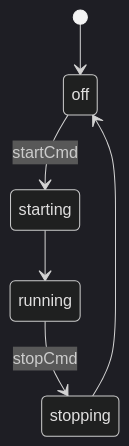
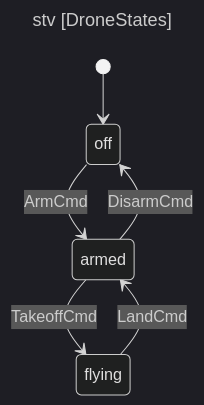
One commit to jackhale98/sysml-cli changed the third of 3 diagrams in README.md. Above: the diagram before and after it, drawn with Mermaid (dark theme). The commit also changed other lines of this file and 2 other files, not shown here.

First line of the commit message:
Diagram fixes surfaced by generating real README examples

````diff
--- a/README.md
+++ b/README.md
@@ -233,12 +333,14 @@
 ```mermaid
+---
+title: stv [DroneStates]
+---
 stateDiagram-v2
     off : off
-    starting : starting
-    running : running
-    stopping : stopping
+    armed : armed
+    flying : flying
     [*] --> off
-    off --> starting : startCmd
-    starting --> running
-    running --> stopping : stopCmd
-    stopping --> off
+    off --> armed : ArmCmd
+    armed --> flying : TakeoffCmd
+    flying --> armed : LandCmd
+    armed --> off : DisarmCmd
 ```
````
